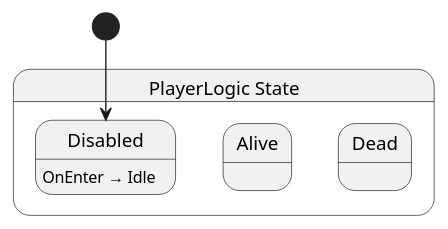
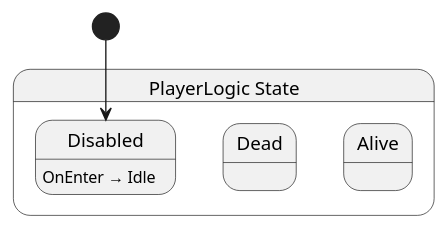
One commit to maximemousserin/Cs001 changed the diagram in src/player/state/PlayerLogic.g.puml. Above: the diagram before and after it, drawn with PlantUML. The commit also changed other lines of this file and 16 other files, not shown here.

```diff
--- a/src/player/state/PlayerLogic.g.puml
+++ b/src/player/state/PlayerLogic.g.puml
@@ -1,10 +1,10 @@
 @startuml PlayerLogic
 state "PlayerLogic State" as Cs001_PlayerLogic_State {
+  state "Alive" as Cs001_PlayerLogic_State_Alive
   state "Dead" as Cs001_PlayerLogic_State_Dead
-  state "Alive" as Cs001_PlayerLogic_State_Alive
   state "Disabled" as Cs001_PlayerLogic_State_Disabled
 }
 Cs001_PlayerLogic_State_Disabled : OnEnter → Idle
 
 [*] --> Cs001_PlayerLogic_State_Disabled
 @enduml
```
